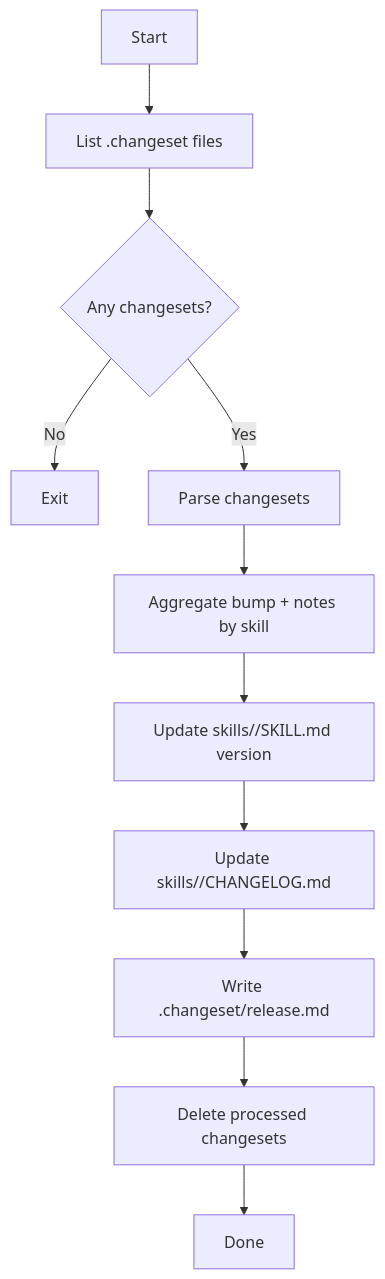
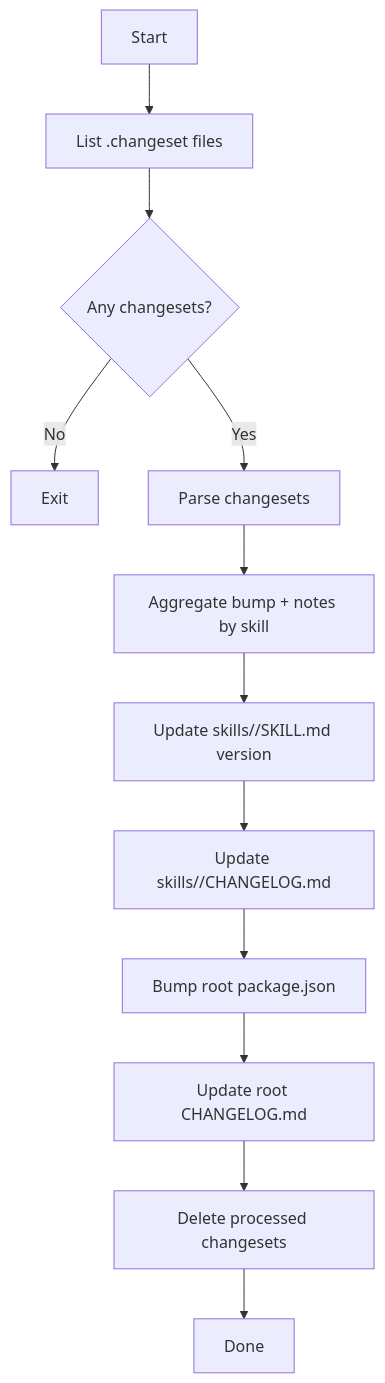
The diagram in scripts/release-prepare/README.md (equinor/fusion-skills), drawn with Mermaid before and after one commit. The commit also changed other lines of this file and 13 other files, not shown here.

Commit message:
chore(release): switch to changelog-driven tagging and notes

````diff
--- a/scripts/release-prepare/README.md
+++ b/scripts/release-prepare/README.md
@@ -13,13 +14,14 @@
 ```mermaid
 flowchart TD
   A[Start] --> B[List .changeset files]
   B --> C{Any changesets?}
   C -- No --> D[Exit]
   C -- Yes --> E[Parse changesets]
   E --> F[Aggregate bump + notes by skill]
   F --> G[Update skills/<skill>/SKILL.md version]
   G --> H[Update skills/<skill>/CHANGELOG.md]
-  H --> I[Write .changeset/release.md]
-  I --> J[Delete processed changesets]
-  J --> K[Done]
+  H --> I[Bump root package.json]
+  I --> J[Update root CHANGELOG.md]
+  J --> K[Delete processed changesets]
+  K --> L[Done]
 ```
````
